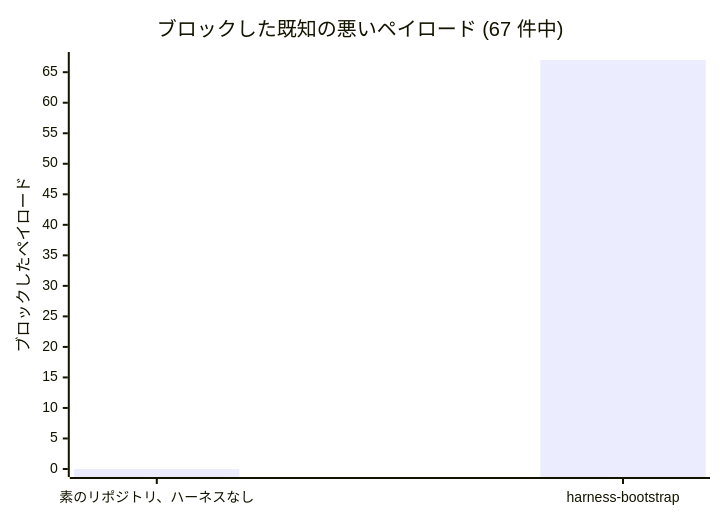
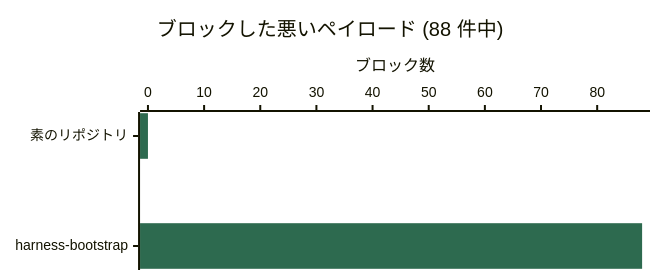
One commit to nguyenhx2/agent-harness-bootstrap changed the first of 3 diagrams in benchmark/RESULTS.ja.md. Above: the diagram before and after it, drawn with Mermaid. The commit also changed other lines of this file and 364 other files, not shown here.

````diff
--- a/benchmark/RESULTS.ja.md
+++ b/benchmark/RESULTS.ja.md
@@ -35,7 +30,8 @@
 ```mermaid
-xychart-beta
-    title "ブロックした既知の悪いペイロード (67 件中)"
-    x-axis ["素のリポジトリ、ハーネスなし", "harness-bootstrap"]
-    y-axis "ブロックしたペイロード" 0 --> 67
-    bar [0, 67]
+%%{init: {"xyChart": {"height": 260, "width": 640}, "themeVariables": {"xyChart": {"plotColorPalette": "#2D6A4F"}}}}%%
+xychart-beta horizontal
+    title "ブロックした悪いペイロード (88 件中)"
+    x-axis ["素のリポジトリ", "harness-bootstrap"]
+    y-axis "ブロック数" 0 --> 88
+    bar [0, 88]
 ```
````
